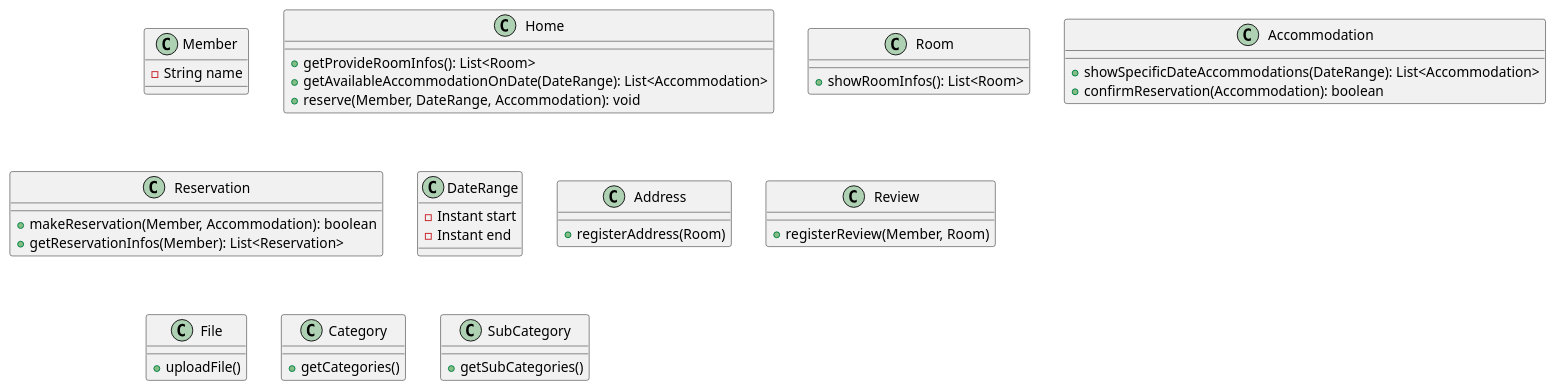
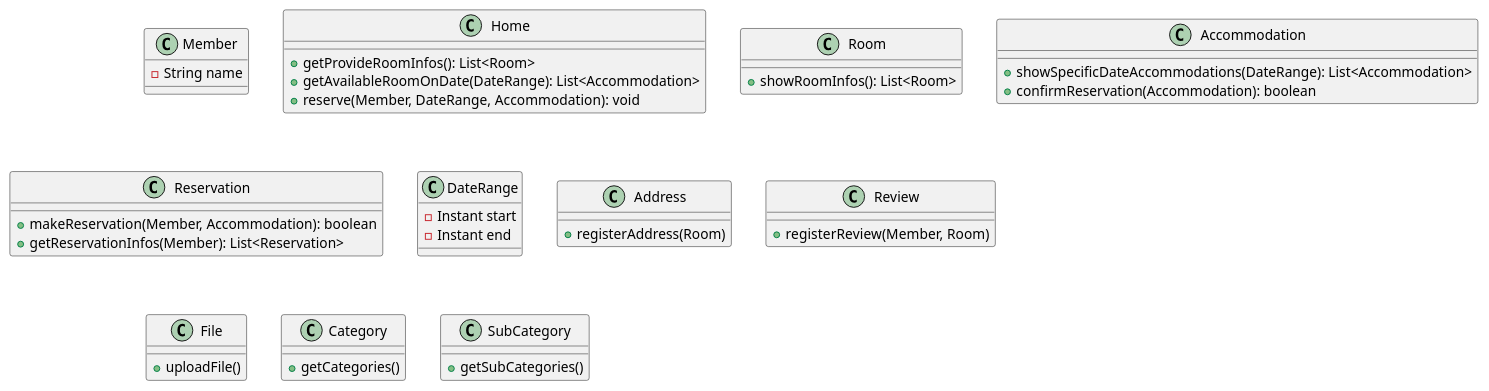
Before and after one commit to f-lab-edu/room-reservation-service: the diagram in class-diagram.puml, drawn with PlantUML.

Commit message:
fix: 메서드 이름 변경

```diff
--- a/class-diagram.puml
+++ b/class-diagram.puml
@@ -1,51 +1,51 @@
 @startuml
 class Member {
   -String name
 }
 
 class Home {
   +getProvideRoomInfos(): List<Room>
-  +getAvailableAccommodationOnDate(DateRange): List<Accommodation>
+  +getAvailableRoomOnDate(DateRange): List<Accommodation>
   +reserve(Member, DateRange, Accommodation): void
 }
 
 class Room {
   +showRoomInfos(): List<Room>
 }
 
 class Accommodation {
   +showSpecificDateAccommodations(DateRange): List<Accommodation>
   +confirmReservation(Accommodation): boolean
 }
 
 class Reservation {
   +makeReservation(Member, Accommodation): boolean
   +getReservationInfos(Member): List<Reservation>
 }
 
 class DateRange {
   -Instant start
   -Instant end
 }
 
 class Address {
   +registerAddress(Room)
 }
 
 class Review {
   +registerReview(Member, Room)
 }
 
 class File {
   +uploadFile()
 }
 
 class Category {
   +getCategories()
 }
 
 class SubCategory {
   +getSubCategories()
 }
 
 @enduml
```
